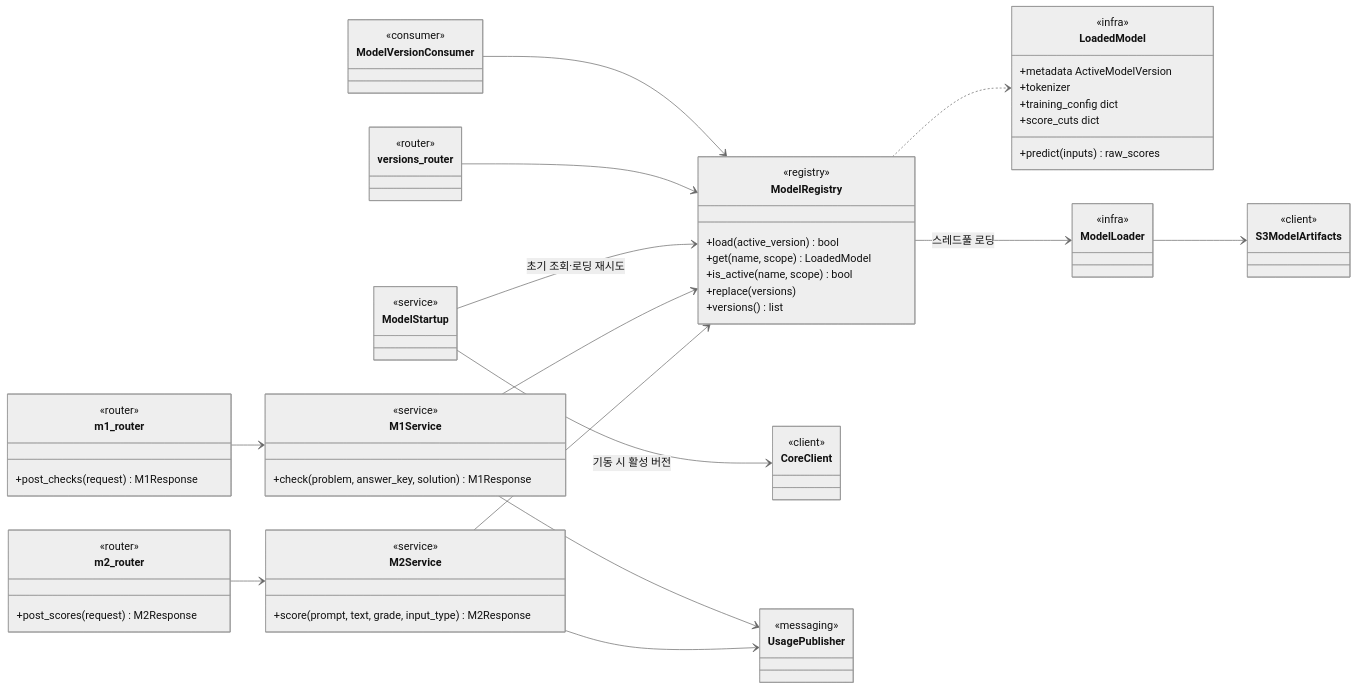
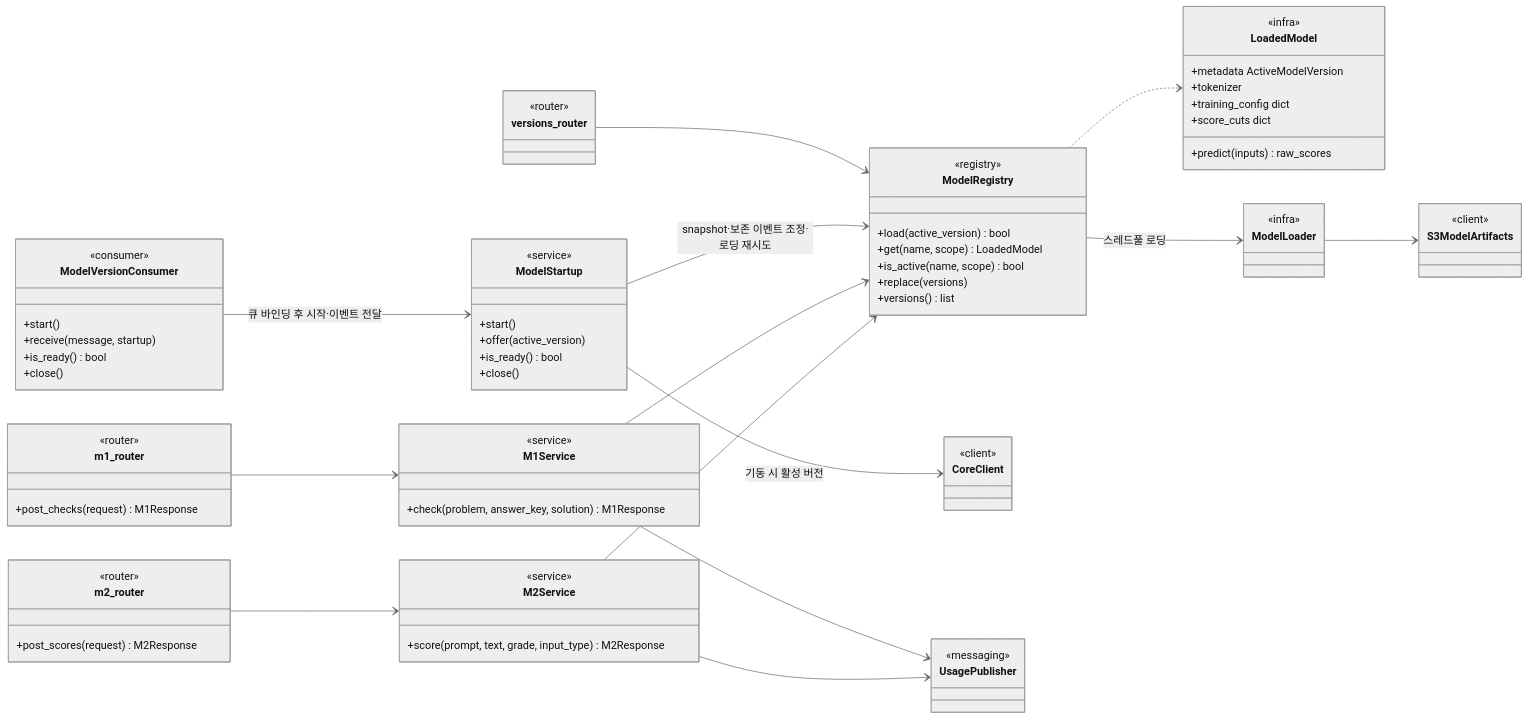
One commit to SKNETWORKS-FAMILY-AICAMP/SKN34-FINAL-3TEAM changed diagram 14 of 15 in docs/design/class-diagram.md. Above: the diagram before and after it, drawn with Mermaid (neutral theme). The commit also changed other lines of this file and 13 other files, not shown here.

````diff
--- a/docs/design/class-diagram.md
+++ b/docs/design/class-diagram.md
@@ -1622,57 +1622,69 @@
 ```mermaid
 classDiagram
   direction LR
   class m2_router {
     <<router>>
     +post_scores(request) M2Response
   }
   class m1_router {
     <<router>>
     +post_checks(request) M1Response
   }
   class M2Service {
     <<service>>
     +score(prompt, text, grade, input_type) M2Response
   }
   class M1Service {
     <<service>>
     +check(problem, answer_key, solution) M1Response
   }
   class ModelRegistry {
     <<registry>>
     +load(active_version) bool
     +get(name, scope) LoadedModel
     +is_active(name, scope) bool
     +replace(versions)
     +versions() list
   }
   class LoadedModel {
     <<infra>>
     +metadata ActiveModelVersion
     +tokenizer
     +training_config dict
     +score_cuts dict
     +predict(inputs) raw_scores
   }
-  class ModelStartup { <<service>> }
+  class ModelStartup {
+    <<service>>
+    +start()
+    +offer(active_version)
+    +is_ready() bool
+    +close()
+  }
   class ModelLoader { <<infra>> }
   class S3ModelArtifacts { <<client>> }
   class versions_router { <<router>> }
   class CoreClient { <<client>> }
-  class ModelVersionConsumer { <<consumer>> }
+  class ModelVersionConsumer {
+    <<consumer>>
+    +start()
+    +receive(message, startup)
+    +is_ready() bool
+    +close()
+  }
   class UsagePublisher { <<messaging>> }
 
   m2_router --> M2Service
   m1_router --> M1Service
   M2Service --> ModelRegistry
   M1Service --> ModelRegistry
   ModelRegistry ..> LoadedModel
   ModelStartup --> CoreClient : 기동 시 활성 버전
-  ModelStartup --> ModelRegistry : 초기 조회·로딩 재시도
+  ModelStartup --> ModelRegistry : snapshot·보존 이벤트 조정·로딩 재시도
   ModelRegistry --> ModelLoader : 스레드풀 로딩
   ModelLoader --> S3ModelArtifacts
   versions_router --> ModelRegistry
-  ModelVersionConsumer --> ModelRegistry
+  ModelVersionConsumer --> ModelStartup : 큐 바인딩 후 시작·이벤트 전달
   M2Service --> UsagePublisher
   M1Service --> UsagePublisher
 ```
````
